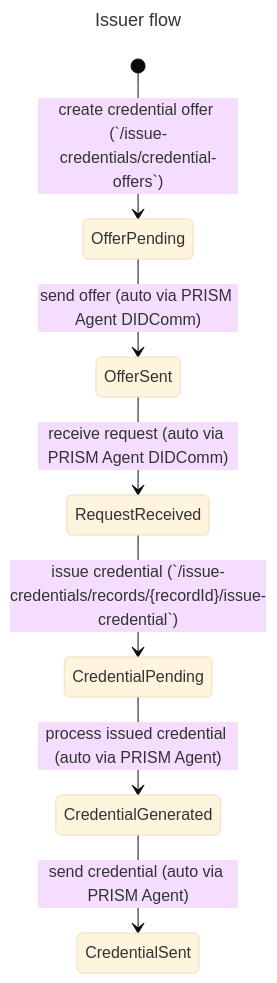
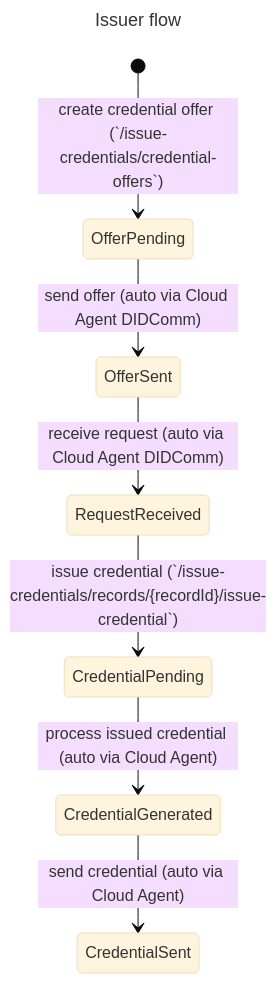
One commit to hyperledger/identus-cloud-agent changed the first of 2 diagrams in docs/docusaurus/credentials/didcomm/issue.md. Above: the diagram before and after it, drawn with Mermaid (base theme). The commit also changed other lines of this file, not shown here.

````diff
--- a/docs/docusaurus/credentials/didcomm/issue.md
+++ b/docs/docusaurus/credentials/didcomm/issue.md
@@ -251,12 +414,12 @@
 ```mermaid
 ---
 title: Issuer flow
 ---
 stateDiagram-v2
   [*] --> OfferPending: create credential offer (`/issue-credentials/credential-offers`)
-  OfferPending --> OfferSent: send offer (auto via PRISM Agent DIDComm)
-  OfferSent --> RequestReceived: receive request (auto via PRISM Agent DIDComm)
+  OfferPending --> OfferSent: send offer (auto via Cloud Agent DIDComm)
+  OfferSent --> RequestReceived: receive request (auto via Cloud Agent DIDComm)
   RequestReceived --> CredentialPending: issue credential (`/issue-credentials/records/{recordId}/issue-credential`)
-  CredentialPending --> CredentialGenerated: process issued credential (auto via PRISM Agent)
-  CredentialGenerated --> CredentialSent: send credential (auto via PRISM Agent)
+  CredentialPending --> CredentialGenerated: process issued credential (auto via Cloud Agent)
+  CredentialGenerated --> CredentialSent: send credential (auto via Cloud Agent)
 ```
````
